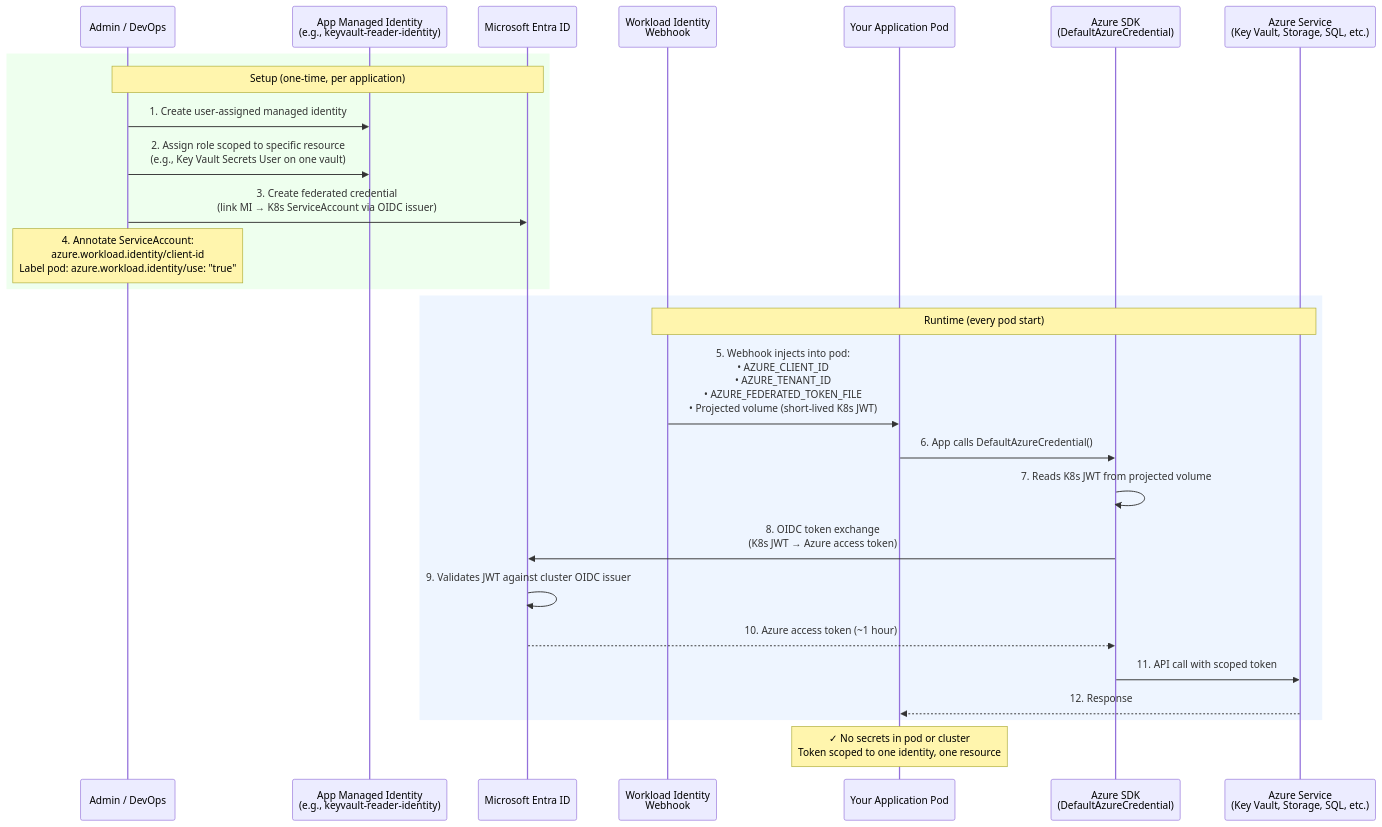
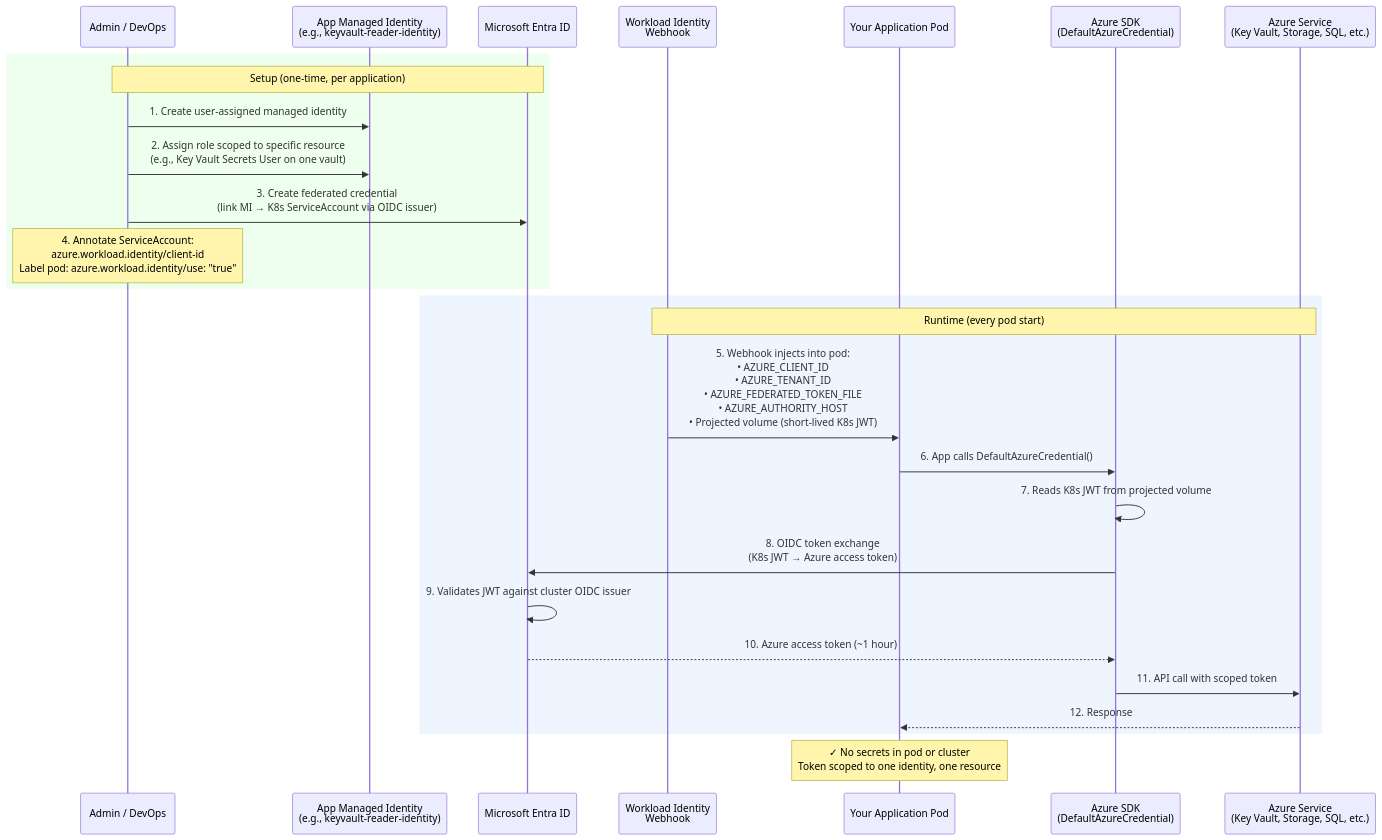
One commit to rh-mobb/documentation changed the third of 3 diagrams in content/aro/aro-sp-mi/index.md. Above: the diagram before and after it, drawn with Mermaid.

Commit message:
Add AZURE_AUTHORITY_HOST to application workload identity diagram
The workload identity webhook also injects AZURE_AUTHORITY_HOST per official docs.

````diff
--- a/content/aro/aro-sp-mi/index.md
+++ b/content/aro/aro-sp-mi/index.md
@@ -109,32 +109,32 @@
 ```mermaid
 sequenceDiagram
     participant Admin as Admin / DevOps
     participant MI as App Managed Identity<br>(e.g., keyvault-reader-identity)
     participant EntraID as Microsoft Entra ID
     participant Webhook as Workload Identity<br>Webhook
     participant Pod as Your Application Pod
     participant SDK as Azure SDK<br>(DefaultAzureCredential)
     participant Azure as Azure Service<br>(Key Vault, Storage, SQL, etc.)
 
     rect rgb(238, 255, 238)
     Note over Admin,EntraID: Setup (one-time, per application)
     Admin->>MI: 1. Create user-assigned managed identity
     Admin->>MI: 2. Assign role scoped to specific resource<br>(e.g., Key Vault Secrets User on one vault)
     Admin->>EntraID: 3. Create federated credential<br>(link MI → K8s ServiceAccount via OIDC issuer)
     Note over Admin: 4. Annotate ServiceAccount:<br>azure.workload.identity/client-id<br>Label pod: azure.workload.identity/use: "true"
     end
 
     rect rgb(238, 245, 255)
     Note over Webhook,Azure: Runtime (every pod start)
-    Webhook->>Pod: 5. Webhook injects into pod:<br>• AZURE_CLIENT_ID<br>• AZURE_TENANT_ID<br>• AZURE_FEDERATED_TOKEN_FILE<br>• Projected volume (short-lived K8s JWT)
+    Webhook->>Pod: 5. Webhook injects into pod:<br>• AZURE_CLIENT_ID<br>• AZURE_TENANT_ID<br>• AZURE_FEDERATED_TOKEN_FILE<br>• AZURE_AUTHORITY_HOST<br>• Projected volume (short-lived K8s JWT)
     Pod->>SDK: 6. App calls DefaultAzureCredential()
     SDK->>SDK: 7. Reads K8s JWT from projected volume
     SDK->>EntraID: 8. OIDC token exchange<br>(K8s JWT → Azure access token)
     EntraID->>EntraID: 9. Validates JWT against cluster OIDC issuer
     EntraID-->>SDK: 10. Azure access token (~1 hour)
     SDK->>Azure: 11. API call with scoped token
     Azure-->>Pod: 12. Response
     end
 
     Note over Pod: ✓ No secrets in pod or cluster<br>Token scoped to one identity, one resource
 ```
````
